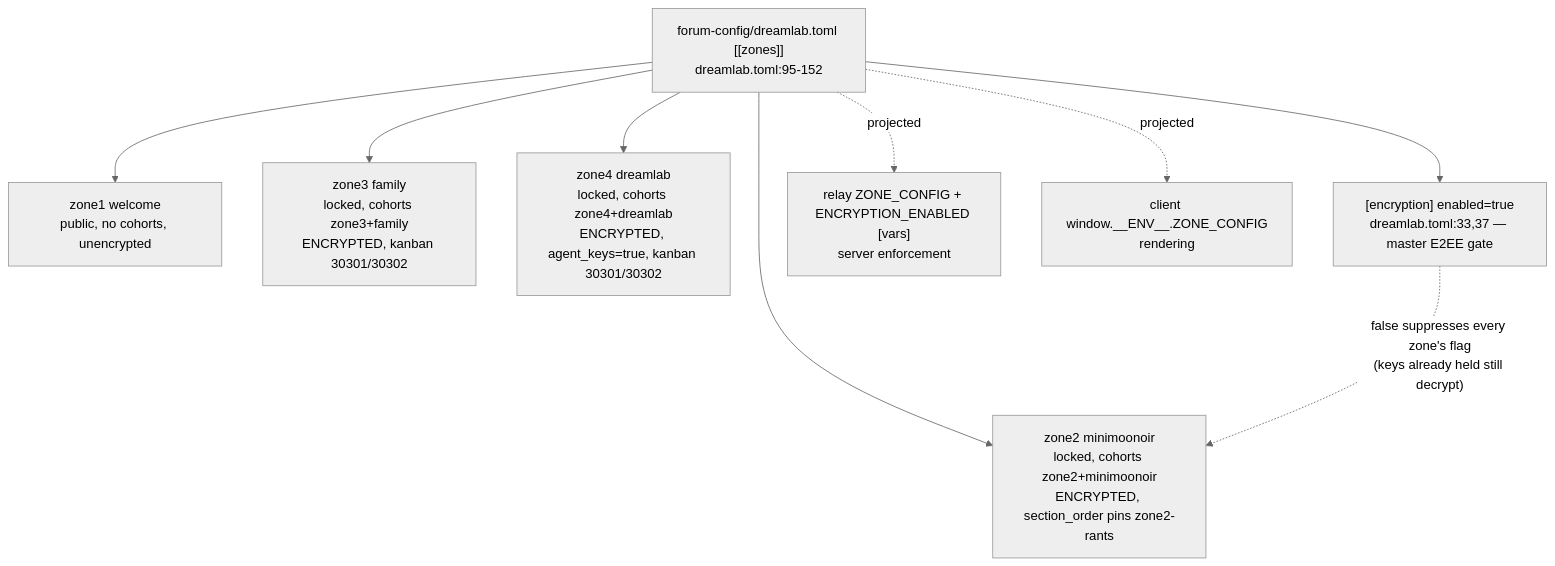
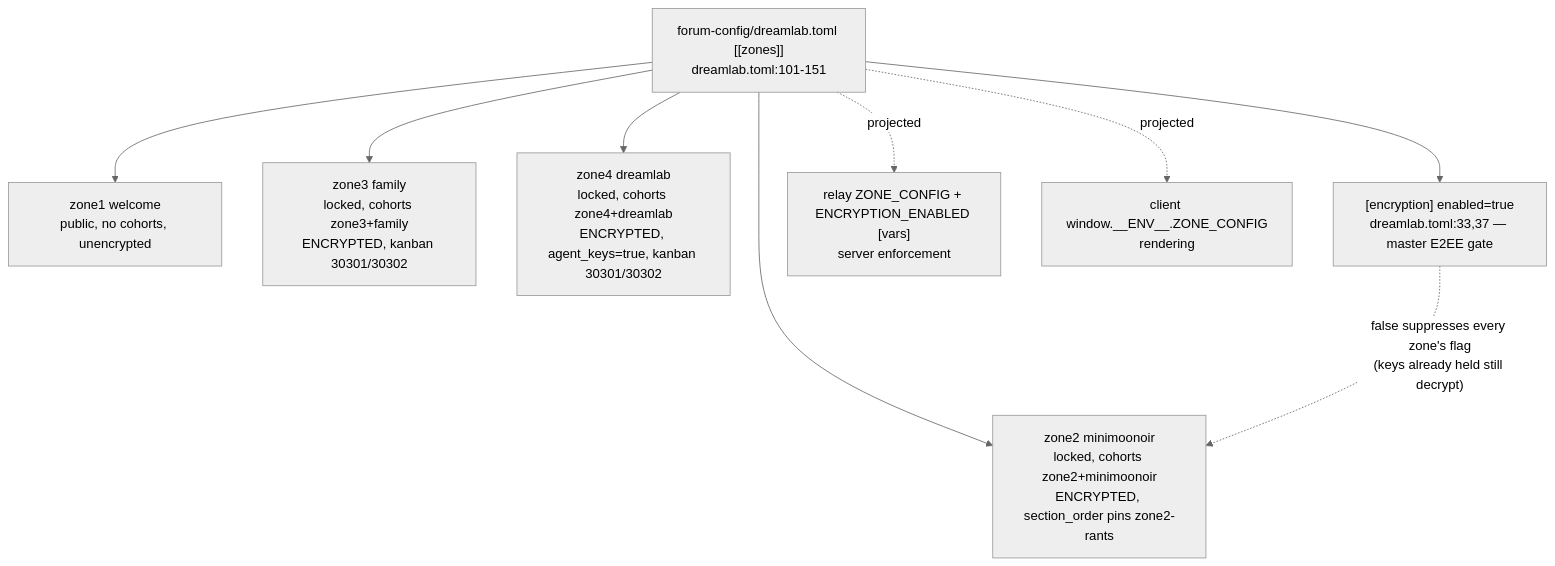
Before and after one commit to DreamLab-AI/VisionFlow: the first of 10 diagrams in docs/diagrams/dreamlab-ai-website/03-forum-config-overlay-zones-admin-kv-sync.md, drawn with Mermaid (neutral theme). The commit also changed other lines of this file and 111 other files, not shown here.

Commit message:
docs(diagrams): align estate maps with current source

````diff
--- a/docs/diagrams/dreamlab-ai-website/03-forum-config-overlay-zones-admin-kv-sync.md
+++ b/docs/diagrams/dreamlab-ai-website/03-forum-config-overlay-zones-admin-kv-sync.md
@@ -29,11 +29,11 @@
 ```mermaid
 flowchart TB
-    TOML["forum-config/dreamlab.toml [[zones]]<br/>dreamlab.toml:95-152"] --> Z1["zone1 welcome<br/>public, no cohorts, unencrypted"]
+    TOML["forum-config/dreamlab.toml [[zones]]<br/>dreamlab.toml:101-151"] --> Z1["zone1 welcome<br/>public, no cohorts, unencrypted"]
     TOML --> Z2["zone2 minimoonoir<br/>locked, cohorts zone2+minimoonoir<br/>ENCRYPTED, section_order pins zone2-rants"]
     TOML --> Z3["zone3 family<br/>locked, cohorts zone3+family<br/>ENCRYPTED, kanban 30301/30302"]
     TOML --> Z4["zone4 dreamlab<br/>locked, cohorts zone4+dreamlab<br/>ENCRYPTED, agent_keys=true, kanban 30301/30302"]
     TOML --> ENC["[encryption] enabled=true<br/>dreamlab.toml:33,37 — master E2EE gate"]
     ENC -.->|"false suppresses every zone's flag<br/>(keys already held still decrypt)"| Z2
     TOML -.->|projected| RELAY["relay ZONE_CONFIG + ENCRYPTION_ENABLED [vars]<br/>server enforcement"]
     TOML -.->|projected| CLIENT["client window.__ENV__.ZONE_CONFIG<br/>rendering"]
 ```
````
